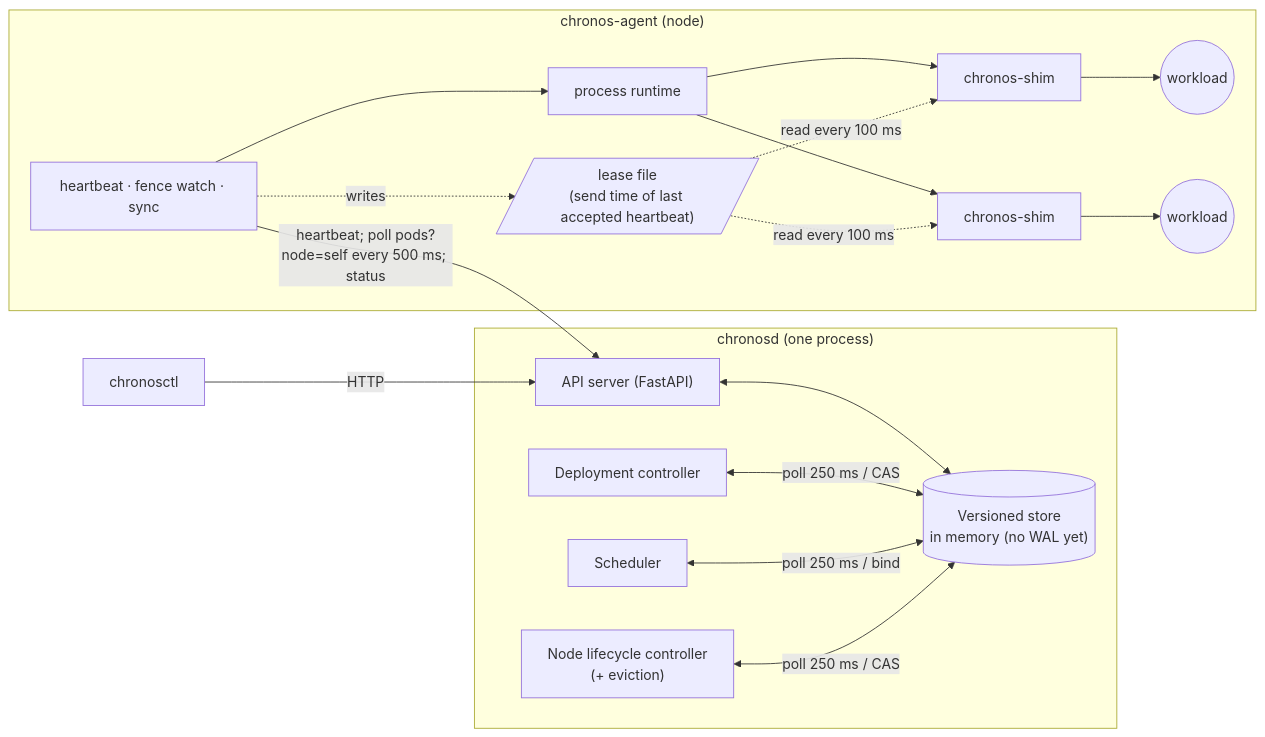
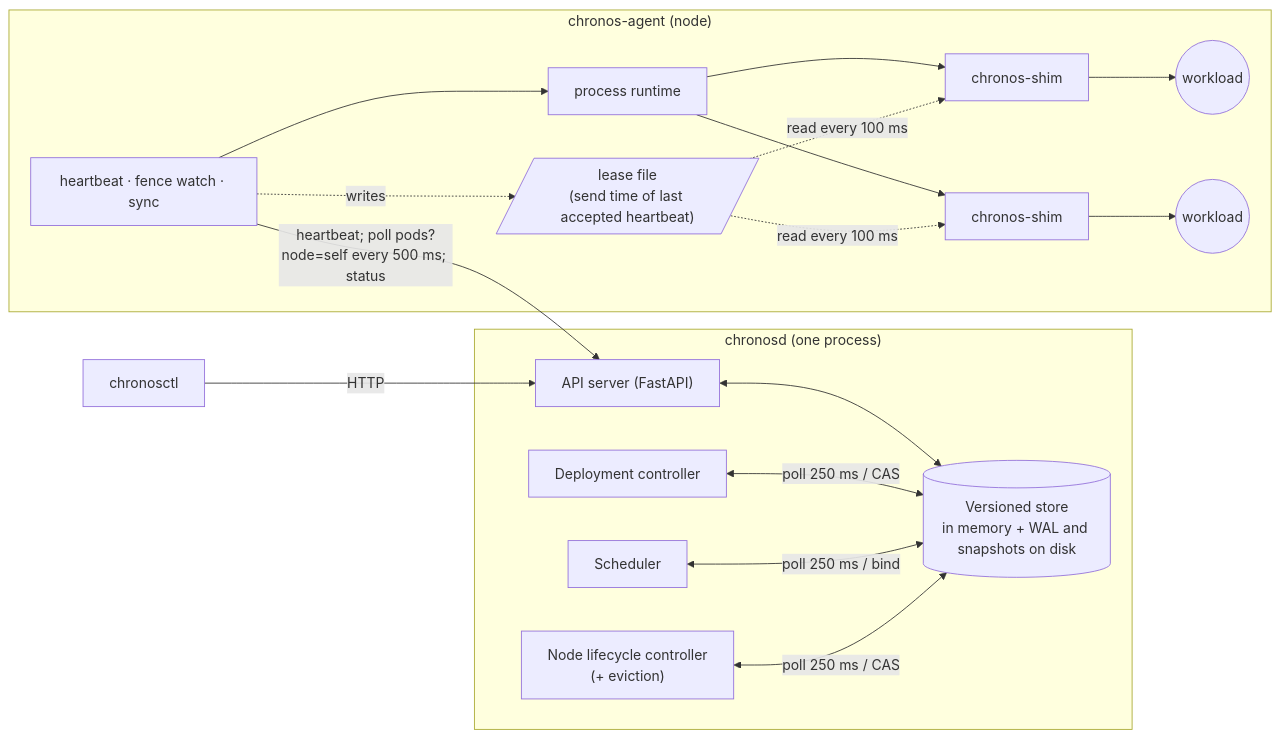
The diagram in README.md (kankaniakshat185/Chronos), drawn with Mermaid before and after one commit. The commit also changed other lines of this file and 19 other files, not shown here.

````diff
--- a/README.md
+++ b/README.md
@@ -62,24 +63,24 @@
 ```mermaid
 flowchart LR
     subgraph CP["chronosd (one process)"]
         API["API server (FastAPI)"]
-        STORE[("Versioned store<br/>in memory (no WAL yet)")]
+        STORE[("Versioned store<br/>in memory + WAL and snapshots on disk")]
         DC["Deployment controller"]
         SCH["Scheduler"]
         NLC["Node lifecycle controller<br/>(+ eviction)"]
         API <--> STORE
         DC <-->|"poll 250 ms / CAS"| STORE
         SCH <-->|"poll 250 ms / bind"| STORE
         NLC <-->|"poll 250 ms / CAS"| STORE
     end
     CLI["chronosctl"] -->|HTTP| API
     subgraph N1["chronos-agent (node)"]
         A1["heartbeat · fence watch · sync"] --> R1["process runtime"]
         A1 -.->|"writes"| L1[/"lease file<br/>(send time of last accepted heartbeat)"/]
         R1 --> S1a["chronos-shim"] --> W1a(("workload"))
         R1 --> S1b["chronos-shim"] --> W1b(("workload"))
         L1 -.->|"read every 100 ms"| S1a
         L1 -.->|"read every 100 ms"| S1b
     end
     A1 -->|"heartbeat; poll pods?node=self every 500 ms; status"| API
 ```
````
